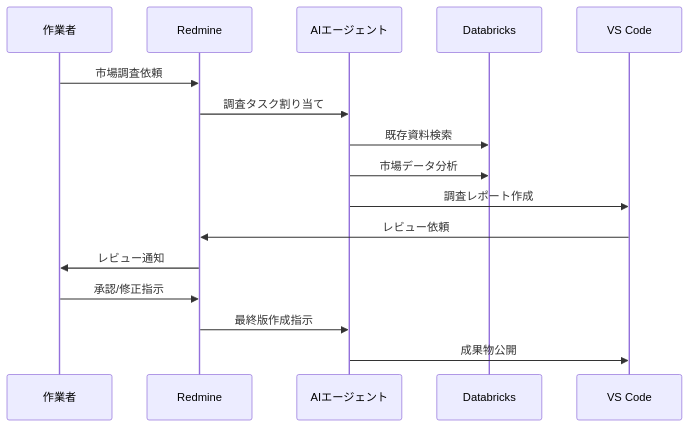
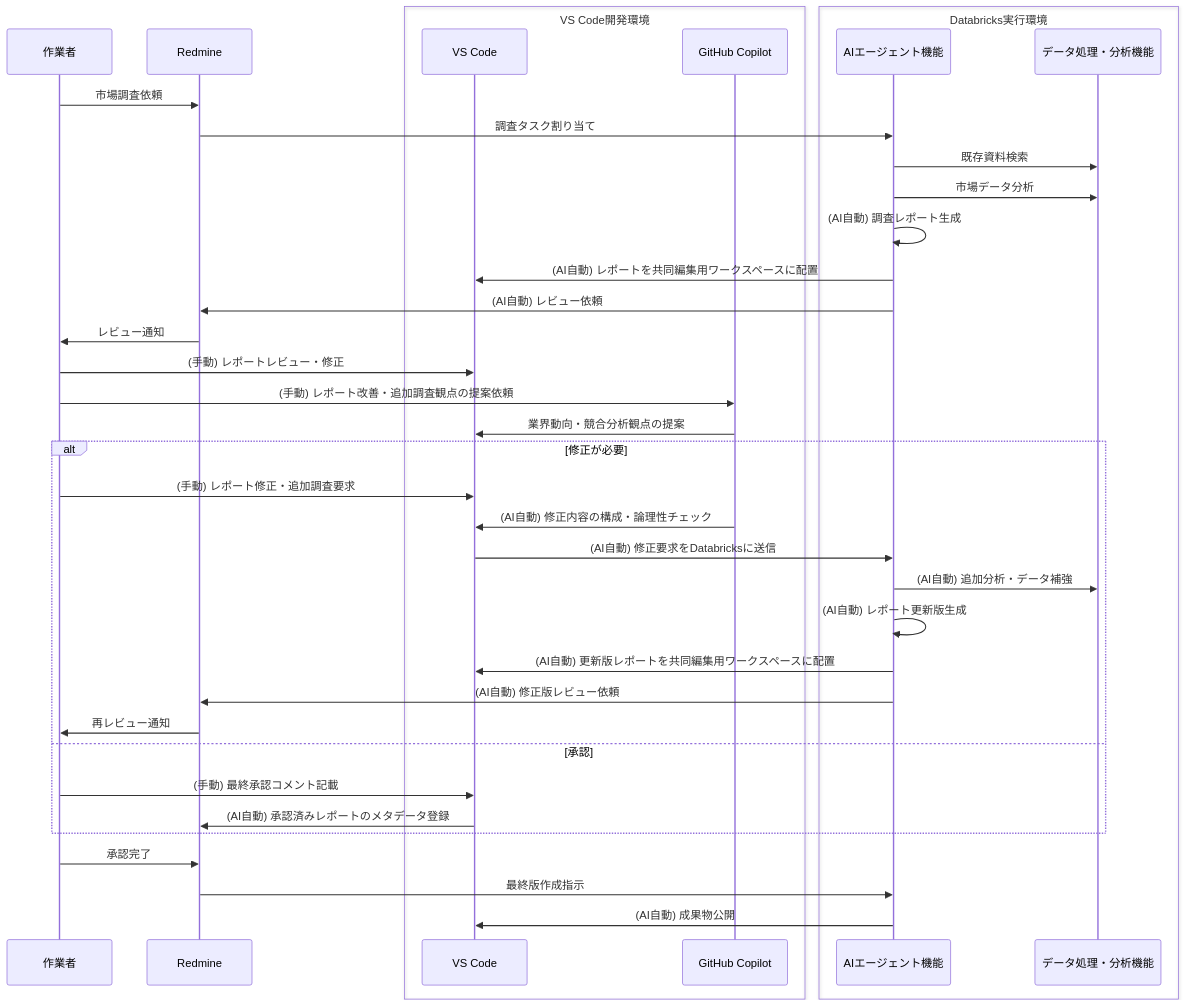
One commit to daichiTAAA/AgentOpsPlatform changed the sixth of 34 diagrams in docs/02000_要件定義/02100_要件定義書.md. Above: the diagram before and after it, drawn with Mermaid. The commit also changed other lines of this file, not shown here.

````diff
--- a/docs/02000_要件定義/02100_要件定義書.md
+++ b/docs/02000_要件定義/02100_要件定義書.md
@@ -163,19 +204,43 @@
 ```mermaid
 sequenceDiagram
     participant W as 作業者
     participant R as Redmine
-    participant A as AIエージェント
-    participant D as Databricks
-    participant V as VS Code
+    
+    box VS Code開発環境
+        participant V as VS Code
+        participant C as GitHub Copilot
+    end
+    
+    box Databricks実行環境
+        participant A as AIエージェント機能
+        participant D as データ処理・分析機能
+    end
     
     W->>R: 市場調査依頼
     R->>A: 調査タスク割り当て
     A->>D: 既存資料検索
     A->>D: 市場データ分析
-    A->>V: 調査レポート作成
-    V->>R: レビュー依頼
+    A->>A: (AI自動) 調査レポート生成
+    A->>V: (AI自動) レポートを共同編集用ワークスペースに配置
+    A->>R: (AI自動) レビュー依頼
     R->>W: レビュー通知
-    W->>R: 承認/修正指示
+    W->>V: (手動) レポートレビュー・修正
+    W->>C: (手動) レポート改善・追加調査観点の提案依頼
+    C->>V: 業界動向・競合分析観点の提案
+    alt 修正が必要
+        W->>V: (手動) レポート修正・追加調査要求
+        C->>V: (AI自動) 修正内容の構成・論理性チェック
+        V->>A: (AI自動) 修正要求をDatabricksに送信
+        A->>D: (AI自動) 追加分析・データ補強
+        A->>A: (AI自動) レポート更新版生成
+        A->>V: (AI自動) 更新版レポートを共同編集用ワークスペースに配置
+        A->>R: (AI自動) 修正版レビュー依頼
+        R->>W: 再レビュー通知
+    else 承認
+        W->>V: (手動) 最終承認コメント記載
+        V->>R: (AI自動) 承認済みレポートのメタデータ登録
+    end
+    W->>R: 承認完了
     R->>A: 最終版作成指示
-    A->>V: 成果物公開
+    A->>V: (AI自動) 成果物公開
 ```
````
